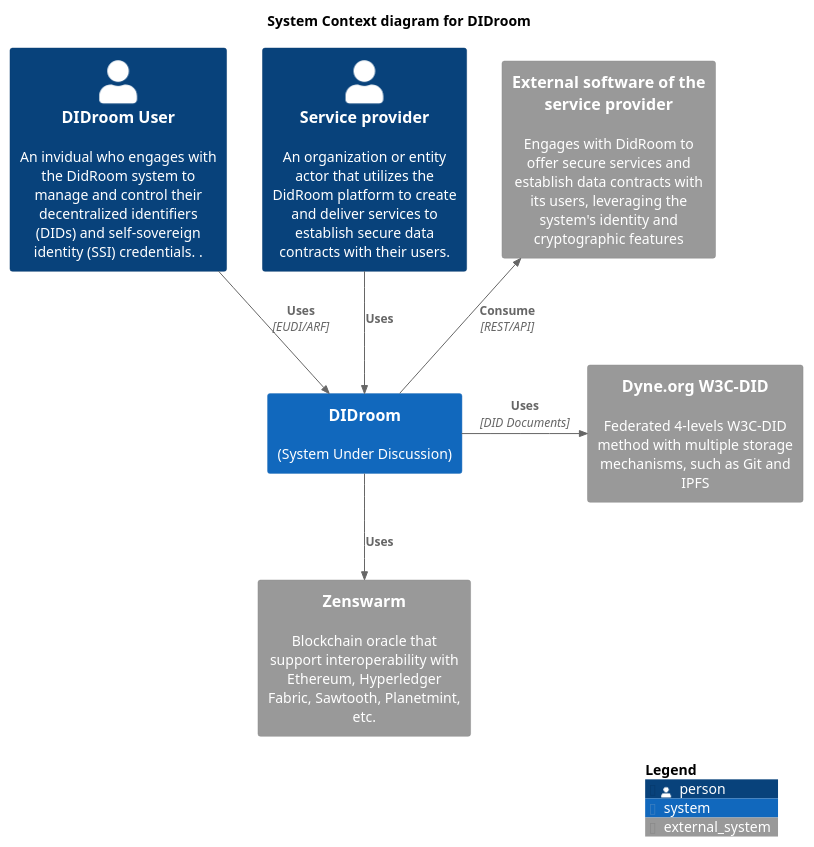
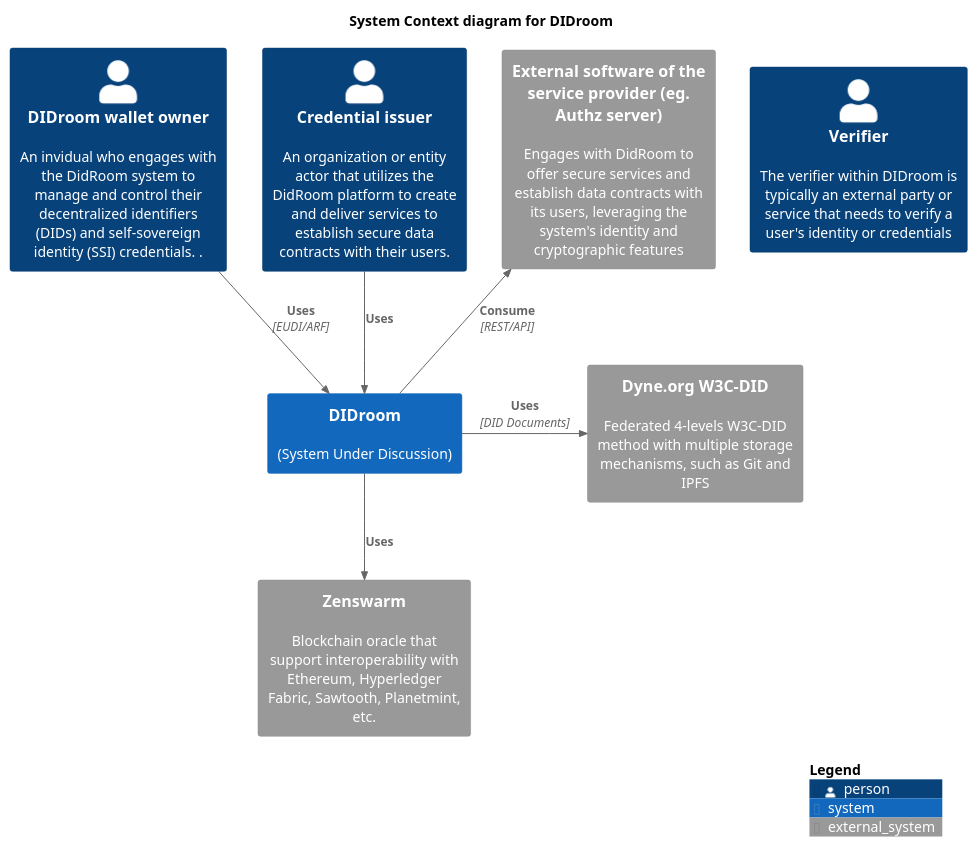
One commit to ForkbombEu/DIDroom changed the diagram in diagrams/01_system_context.puml. Above: the diagram before and after it, drawn with PlantUML. The commit also changed 3 other files, not shown here.

Commit message:
Update the container diagram with correct proccess and components

```diff
--- a/diagrams/01_system_context.puml
+++ b/diagrams/01_system_context.puml
@@ -1,22 +1,23 @@
 @startuml
 !include C4_Context.puml
 
 title System Context diagram for DIDroom
 
-Person(user, "DIDroom User", "An invidual who engages with the DidRoom system to manage and control their decentralized identifiers (DIDs) and self-sovereign identity (SSI) credentials. .")
-Person(service_provider, "Service provider", "An organization or entity actor that utilizes the DidRoom platform to create and deliver services to establish secure data contracts with their users.")
+Person(user, "DIDroom wallet owner", "An invidual who engages with the DidRoom system to manage and control their decentralized identifiers (DIDs) and self-sovereign identity (SSI) credentials. .")
+Person(service_provider, "Credential issuer", "An organization or entity actor that utilizes the DidRoom platform to create and deliver services to establish secure data contracts with their users.")
+Person(verifier, "Verifier", "The verifier within DIDroom is typically an external party or service that needs to verify a user's identity or credentials")
 System(didroom, "DIDroom", "(System Under Discussion)")
 
 System_Ext(did, "Dyne.org W3C-DID", "Federated 4-levels W3C-DID method with multiple storage mechanisms, such as Git and IPFS")
 System_Ext(zenswarm, "Zenswarm", "Blockchain oracle that support interoperability with Ethereum, Hyperledger Fabric, Sawtooth, Planetmint, etc.")
-System_Ext(service, "External software of the service provider", "Engages with DidRoom to offer secure services and establish data contracts with its users, leveraging the system's identity and cryptographic features")
+System_Ext(service, "External software of the service provider (eg. Authz server)", "Engages with DidRoom to offer secure services and establish data contracts with its users, leveraging the system's identity and cryptographic features")
 
 Rel(user, didroom, "Uses", "EUDI/ARF")
 Rel(service_provider, didroom, "Uses")
 Rel_Back(service, didroom, "Consume", "REST/API")
 
 Rel_Neighbor(didroom, did, "Uses", "DID Documents")
 Rel(didroom, zenswarm, "Uses")
 
 SHOW_LEGEND()
 @enduml
```
